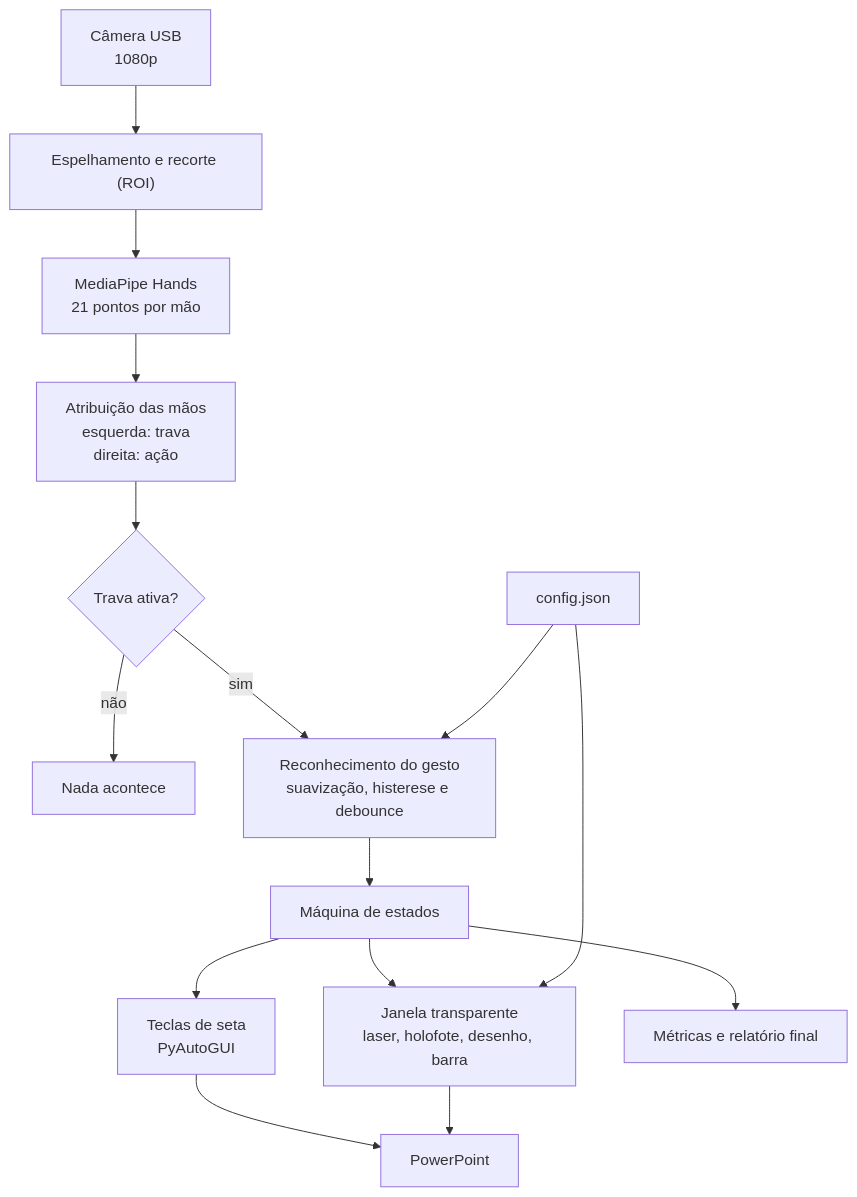
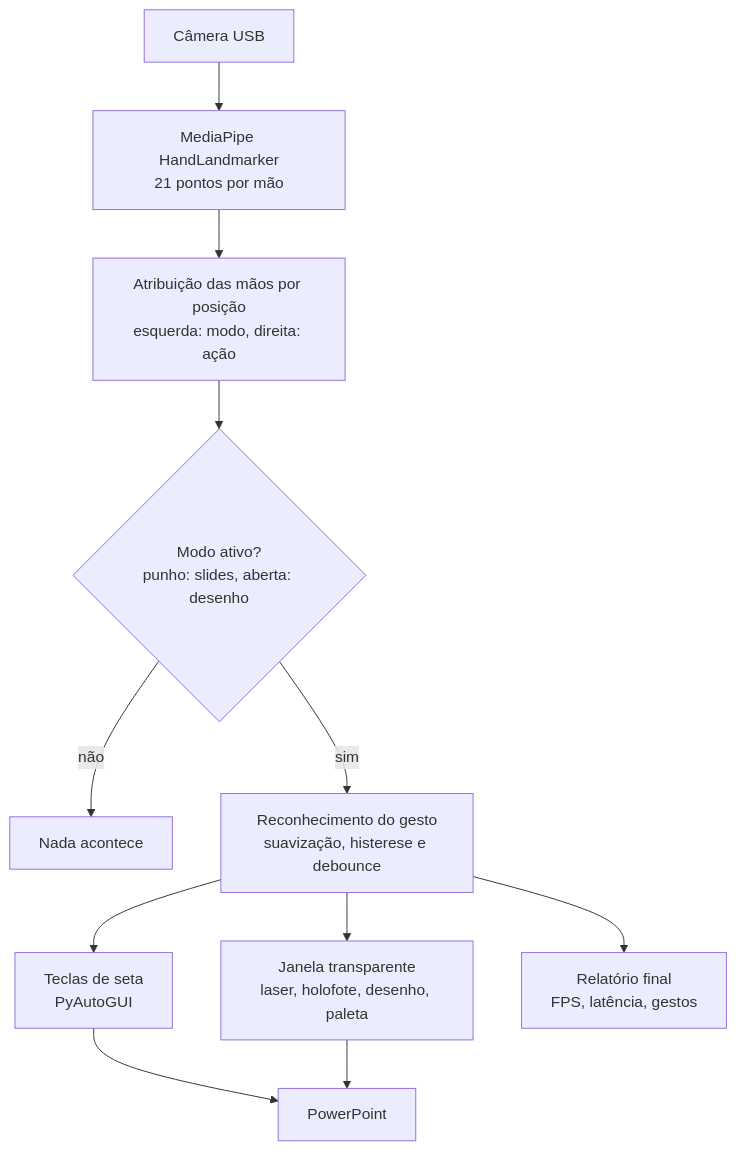
One commit to LuanRodrigues15/GestureDeck changed the diagram in README.md. Above: the diagram before and after it, drawn with Mermaid. The commit also changed other lines of this file, not shown here.

First line of the commit message:
docs: reescrever o README com os gestos ilustrados

````diff
--- a/README.md
+++ b/README.md
@@ -29,17 +28,13 @@
 ```mermaid
 flowchart TD
-    A["Câmera USB<br/>1080p"] --> B["Espelhamento e recorte (ROI)"]
-    B --> C["MediaPipe Hands<br/>21 pontos por mão"]
-    C --> D["Atribuição das mãos<br/>esquerda: trava<br/>direita: ação"]
-    D --> E{"Trava ativa?"}
-    E -- "não" --> Z["Nada acontece"]
-    E -- "sim" --> F["Reconhecimento do gesto<br/>suavização, histerese e debounce"]
-    F --> G["Máquina de estados"]
-    G --> H["Teclas de seta<br/>PyAutoGUI"]
-    G --> I["Janela transparente<br/>laser, holofote, desenho, barra"]
-    G --> J["Métricas e relatório final"]
-    CFG["config.json"] --> F
-    CFG --> I
-    H --> PPT["PowerPoint"]
-    I --> PPT
+    A["Câmera USB"] --> B["MediaPipe HandLandmarker<br/>21 pontos por mão"]
+    B --> C["Atribuição das mãos por posição<br/>esquerda: modo, direita: ação"]
+    C --> D{"Modo ativo?<br/>punho: slides, aberta: desenho"}
+    D -- "não" --> Z["Nada acontece"]
+    D -- "sim" --> E["Reconhecimento do gesto<br/>suavização, histerese e debounce"]
+    E --> F["Teclas de seta<br/>PyAutoGUI"]
+    E --> G["Janela transparente<br/>laser, holofote, desenho, paleta"]
+    E --> H["Relatório final<br/>FPS, latência, gestos"]
+    F --> P["PowerPoint"]
+    G --> P
 ```
````
